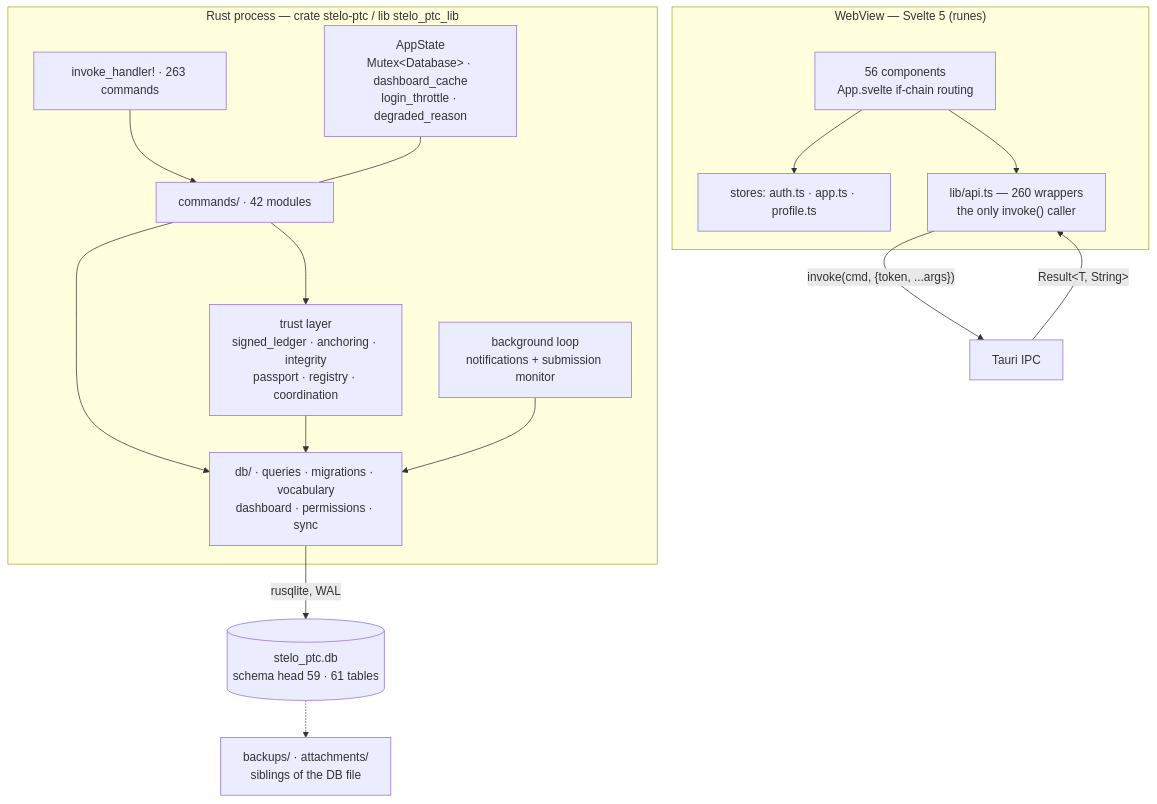
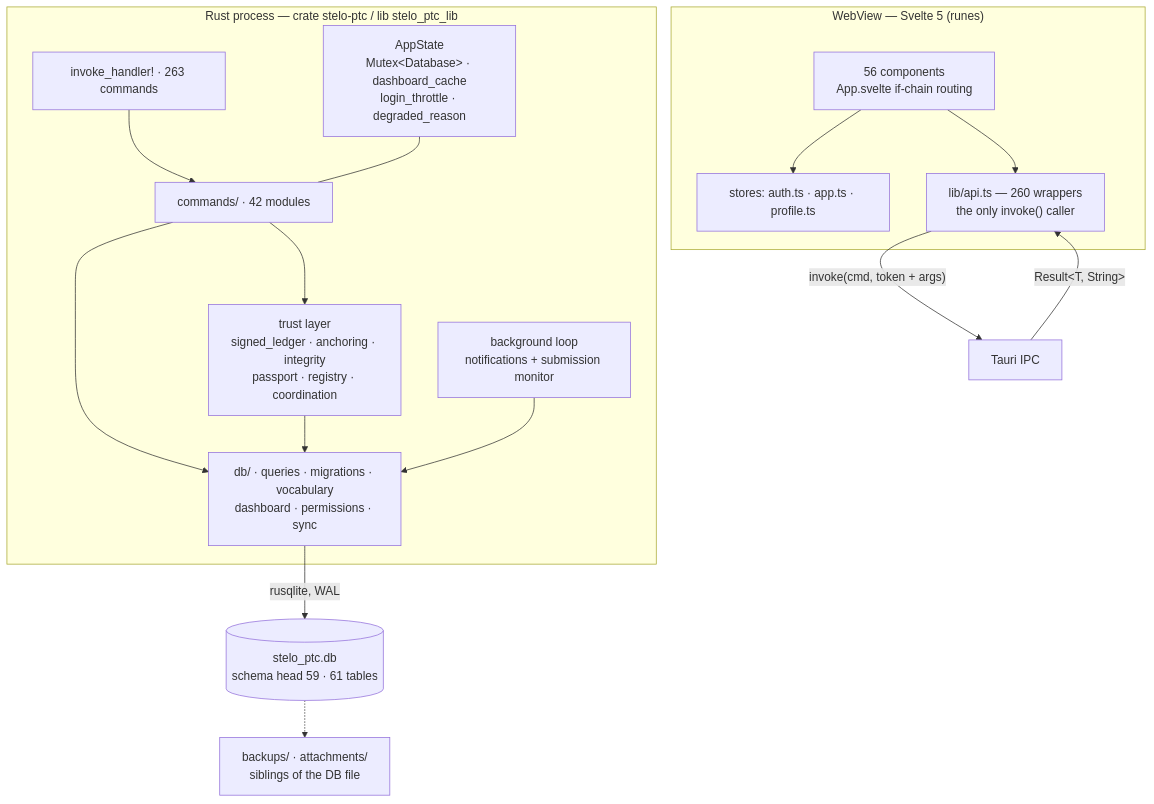
One commit to jnowat/SteloPTC changed the diagram in Obsidian/Architecture/SteloPTC at a Glance.md. Above: the diagram before and after it, drawn with Mermaid. The commit also changed other lines of this file and 8 other files, not shown here.

First line of the commit message:
docs(obsidian): add the vault skeleton, Architecture and Core Concepts

````diff
--- a/Obsidian/Architecture/SteloPTC at a Glance.md
+++ b/Obsidian/Architecture/SteloPTC at a Glance.md
@@ -45,29 +45,29 @@
 ```mermaid
 graph TD
   subgraph WebView["WebView — Svelte 5 (runes)"]
     C["56 components<br/>App.svelte if-chain routing"]
     S["stores: auth.ts · app.ts · profile.ts"]
     A["lib/api.ts — 260 wrappers<br/>the only invoke() caller"]
     C --> S
     C --> A
   end
 
-  A -->|"invoke(cmd, {token, ...args})"| IPC["Tauri IPC"]
+  A -->|"invoke(cmd, token + args)"| IPC["Tauri IPC"]
   IPC -->|"Result&lt;T, String&gt;"| A
 
   subgraph Rust["Rust process — crate stelo-ptc / lib stelo_ptc_lib"]
     H["invoke_handler! · 263 commands"]
     ST["AppState<br/>Mutex&lt;Database&gt; · dashboard_cache<br/>login_throttle · degraded_reason"]
     CM["commands/ · 42 modules"]
     DB["db/ · queries · migrations · vocabulary<br/>dashboard · permissions · sync"]
     TR["trust layer<br/>signed_ledger · anchoring · integrity<br/>passport · registry · coordination"]
     SCH["background loop<br/>notifications + submission monitor"]
     H --> CM --> DB
     CM --> TR --> DB
     ST --- CM
     SCH --> DB
   end
 
   DB -->|"rusqlite, WAL"| FILE[("stelo_ptc.db<br/>schema head 59 · 61 tables")]
   FILE -.-> BK["backups/ · attachments/<br/>siblings of the DB file"]
 ```
````
